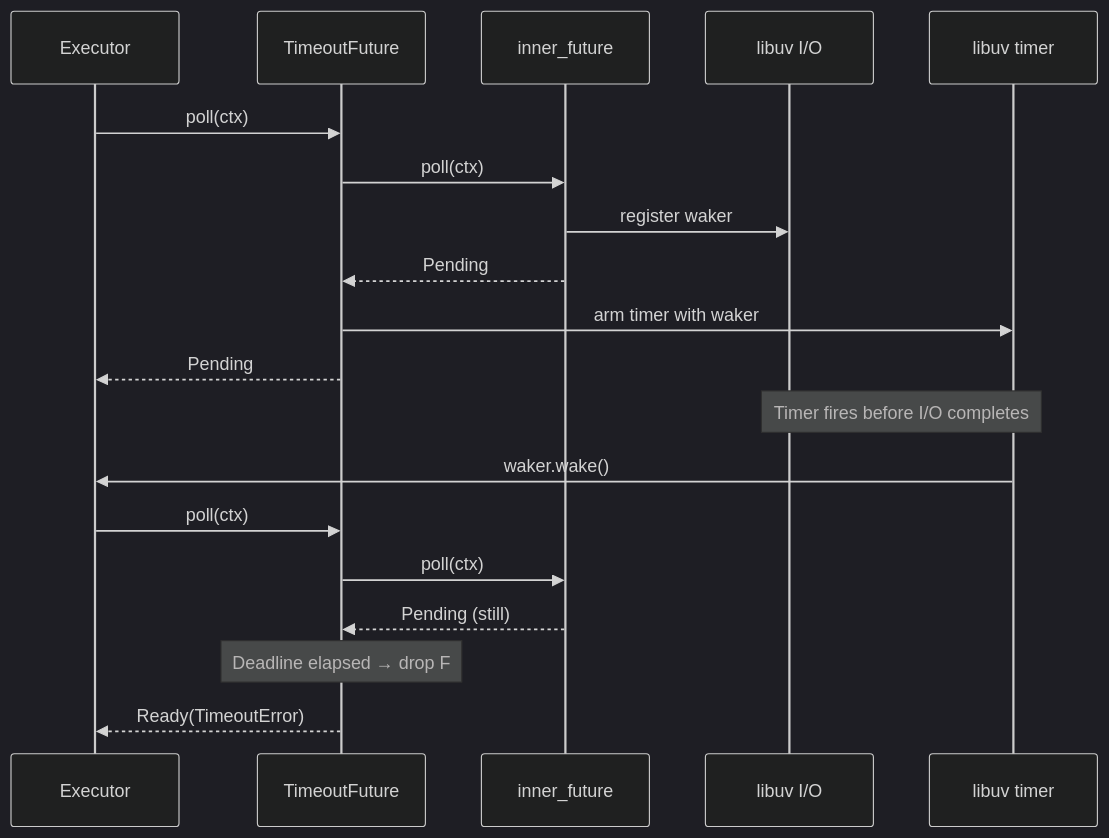
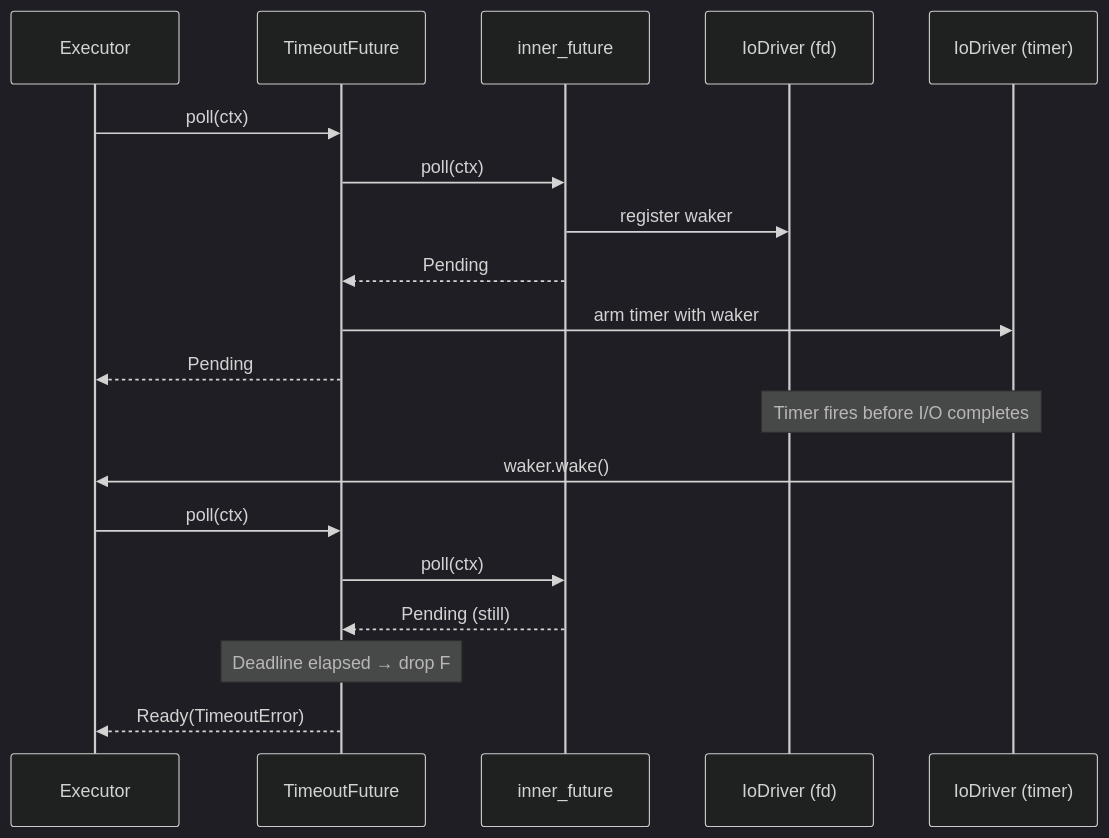
Before and after one commit to bts164/coro: the fourth of 4 diagrams in doc/design/waker_and_context_propagation.md, drawn with Mermaid (dark theme). The commit also changed other lines of this file and 21 other files, not shown here.

First line of the commit message:
docs: Describe the IoDriver instead of libuv

````diff
--- a/doc/design/waker_and_context_propagation.md
+++ b/doc/design/waker_and_context_propagation.md
@@ -156,24 +156,24 @@
 ```mermaid
 sequenceDiagram
     participant E as Executor
     participant TF as TimeoutFuture
     participant F as inner_future
-    participant IO as libuv I/O
-    participant TM as libuv timer
+    participant IO as IoDriver (fd)
+    participant TM as IoDriver (timer)
 
     E->>TF: poll(ctx)
     TF->>F: poll(ctx)
     F->>IO: register waker
     F-->>TF: Pending
     TF->>TM: arm timer with waker
     TF-->>E: Pending
 
     Note over IO,TM: Timer fires before I/O completes
     TM->>E: waker.wake()
 
     E->>TF: poll(ctx)
     TF->>F: poll(ctx)
     F-->>TF: Pending (still)
     Note over TF: Deadline elapsed → drop F
     TF-->>E: Ready(TimeoutError)
 ```
````
